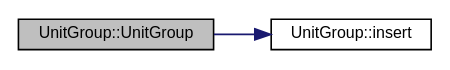
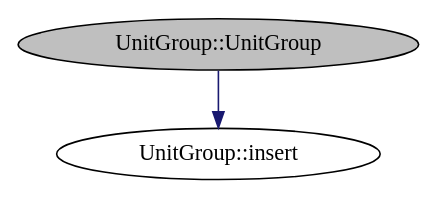
The diagram in dot/classUnitGroup_a9806d29b3fad5815a396f50964b684fb_cgraph.dot (greagen/DotParser), drawn with Graphviz before and after one commit. The commit also changed 7 other files, not shown here.

Commit message:
build graph finished

```diff
--- a/dot/classUnitGroup_a9806d29b3fad5815a396f50964b684fb_cgraph.dot
+++ b/dot/classUnitGroup_a9806d29b3fad5815a396f50964b684fb_cgraph.dot
@@ -1,9 +1,6 @@
 digraph "UnitGroup::UnitGroup"
 {
-  edge [fontname="Helvetica",fontsize="10",labelfontname="Helvetica",labelfontsize="10"];
-  node [fontname="Helvetica",fontsize="10",shape=record];
-  rankdir="LR";
   Node1 [label="UnitGroup::UnitGroup",height=0.2,width=0.4,color="black", fillcolor="grey75", style="filled" fontcolor="black"];
   Node1 -> Node2 [color="midnightblue",fontsize="10",style="solid",fontname="Helvetica"];
   Node2 [label="UnitGroup::insert",height=0.2,width=0.4,color="black", fillcolor="white", style="filled",URL="$classUnitGroup.html#abdb14b66e8d81b0da9db9a89bfa939ad"];
 }
```
